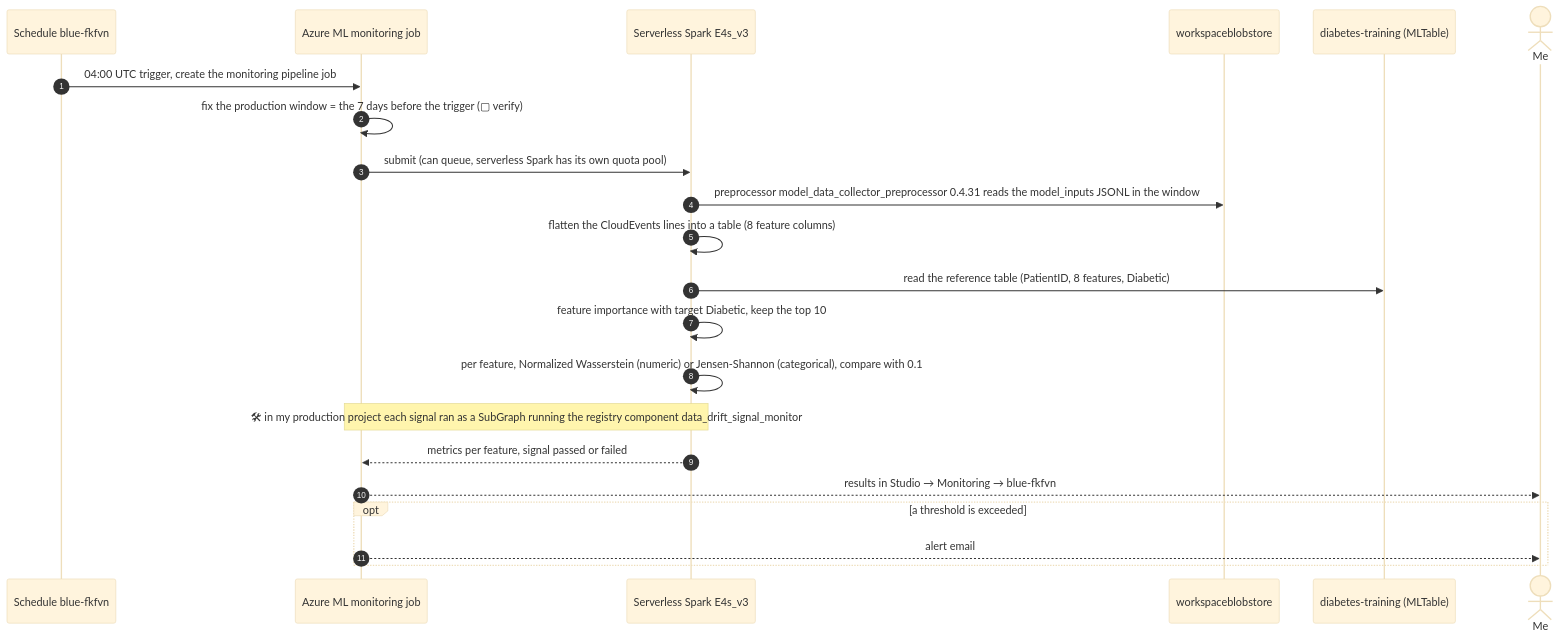
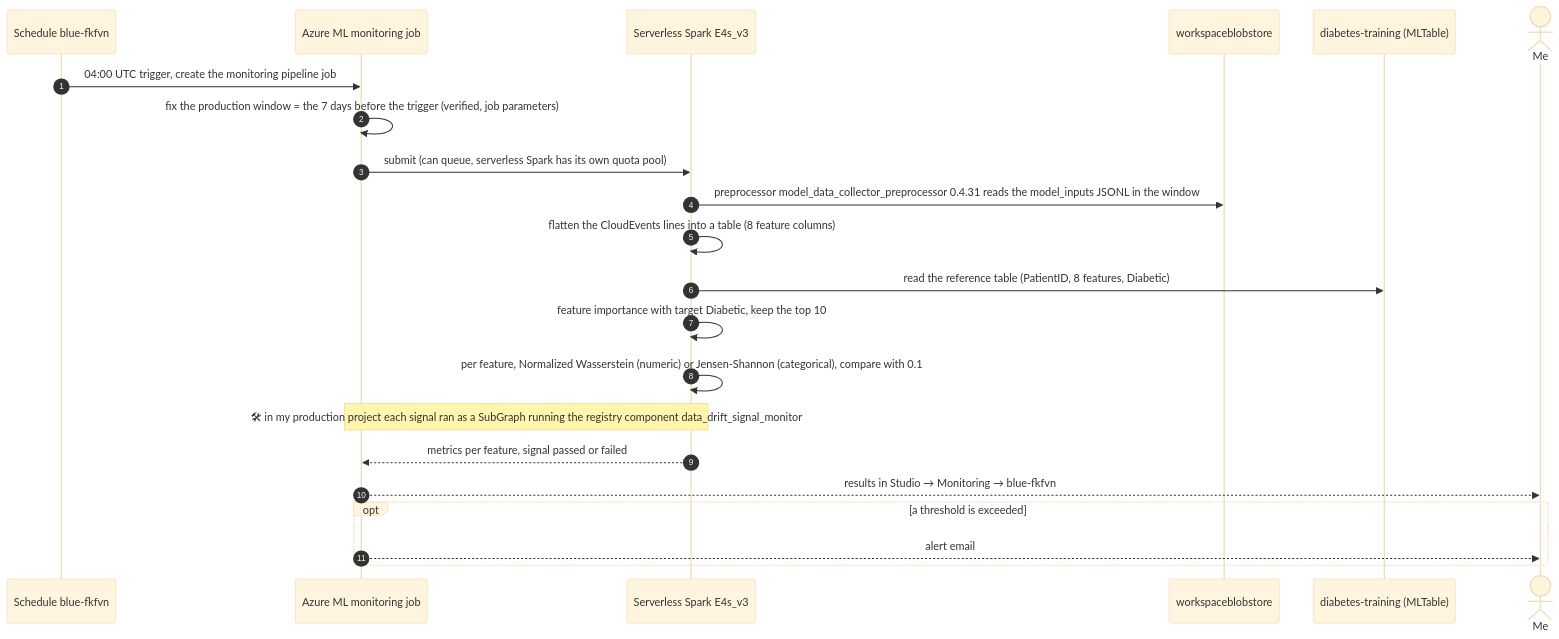
The fourth of 6 diagrams in kb/mechanics/monitoring.md (medChiboub/mlops-ai-300), drawn with Mermaid (base theme) before and after one commit. The commit also changed other lines of this file and 1 other file, not shown here.

Commit message:
kb: next-run discrepancy, manual monitor run, window fixed at creation (verified)

````diff
--- a/kb/mechanics/monitoring.md
+++ b/kb/mechanics/monitoring.md
@@ -255,24 +255,24 @@
 ```mermaid
 sequenceDiagram
   autonumber
   participant SCH as Schedule blue-fkfvn
   participant AML as Azure ML monitoring job
   participant SPK as Serverless Spark E4s_v3
   participant ST as workspaceblobstore
   participant REF as diabetes-training (MLTable)
   actor Me
   SCH->>AML: 04:00 UTC trigger, create the monitoring pipeline job
-  AML->>AML: fix the production window = the 7 days before the trigger (▢ verify)
+  AML->>AML: fix the production window = the 7 days before the trigger (verified, job parameters)
   AML->>SPK: submit (can queue, serverless Spark has its own quota pool)
   SPK->>ST: preprocessor model_data_collector_preprocessor 0.4.31 reads the model_inputs JSONL in the window
   SPK->>SPK: flatten the CloudEvents lines into a table (8 feature columns)
   SPK->>REF: read the reference table (PatientID, 8 features, Diabetic)
   SPK->>SPK: feature importance with target Diabetic, keep the top 10
   SPK->>SPK: per feature, Normalized Wasserstein (numeric) or Jensen-Shannon (categorical), compare with 0.1
   Note over AML,SPK: 🛠 in my production project each signal ran as a SubGraph running the registry component data_drift_signal_monitor
   SPK-->>AML: metrics per feature, signal passed or failed
   AML-->>Me: results in Studio → Monitoring → blue-fkfvn
   opt a threshold is exceeded
     AML-->>Me: alert email
   end
 ```
````
